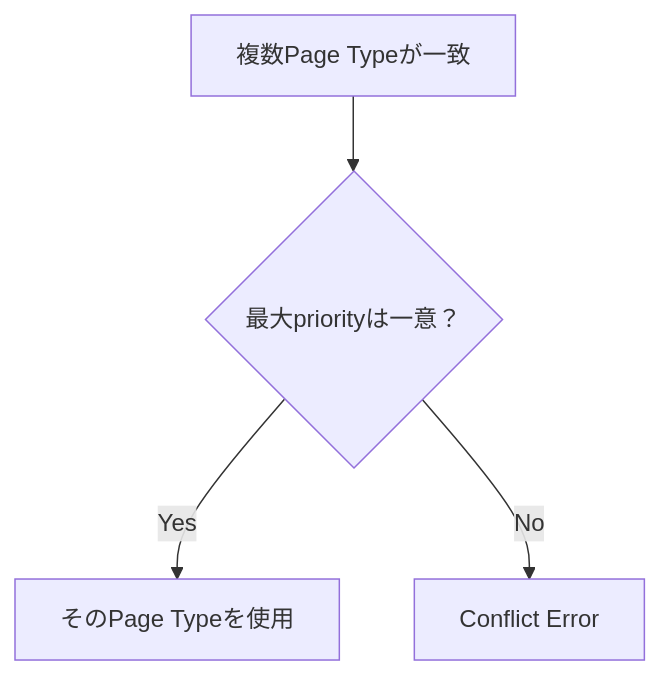
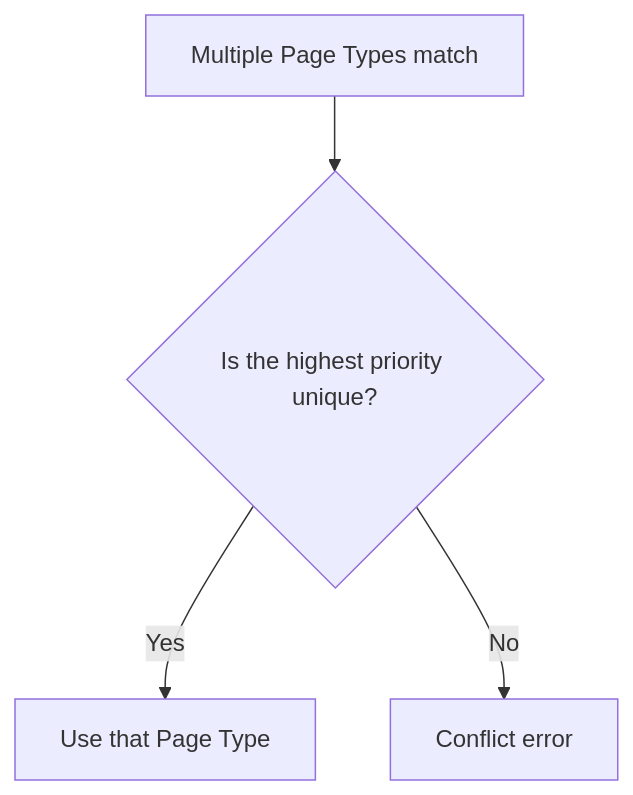
Diagram 11 of 14 in docs/docs/framework/page-system.md (Rerurate514/riebeckite), drawn with Mermaid before and after one commit. The commit also changed other lines of this file and 604 other files, not shown here.

````diff
--- a/docs/docs/framework/page-system.md
+++ b/docs/docs/framework/page-system.md
@@ -355,10 +349,10 @@
-```mermaid id="19y0sc"
+```mermaid
 flowchart TD
-    Match["複数Page Typeが一致"]
-    Priority{"最大priorityは一意？"}
+    Match["Multiple Page Types match"]
+    Priority{"Is the highest priority unique?"}
 
     Match --> Priority
 
-    Priority -->|Yes| Resolve["そのPage Typeを使用"]
-    Priority -->|No| Error["Conflict Error"]
+    Priority -->|Yes| Resolve["Use that Page Type"]
+    Priority -->|No| Error["Conflict error"]
 ```
````
